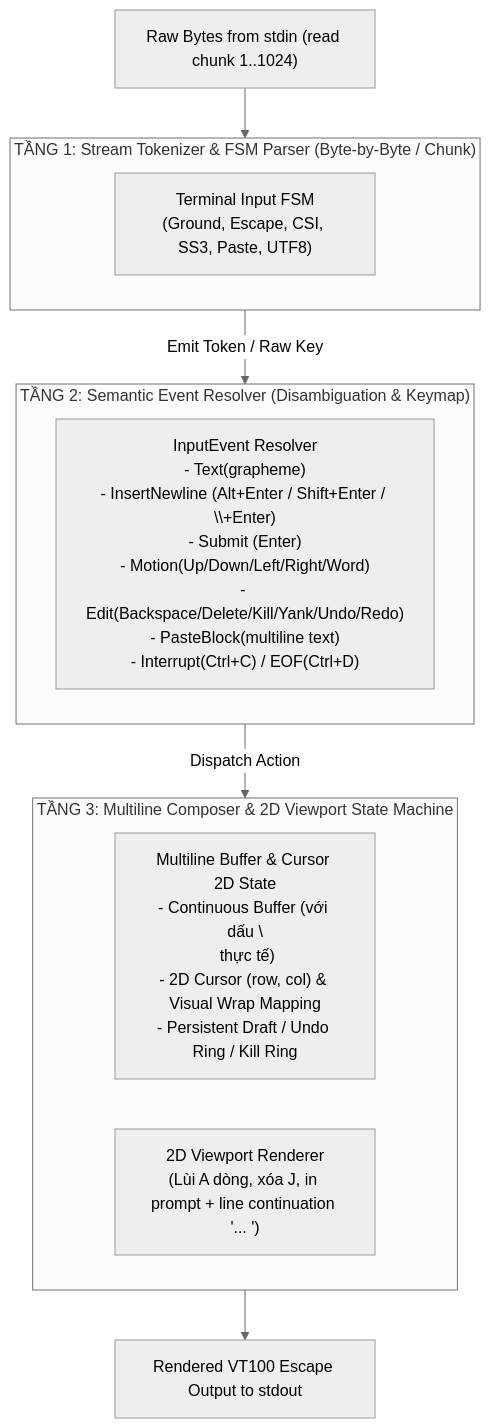
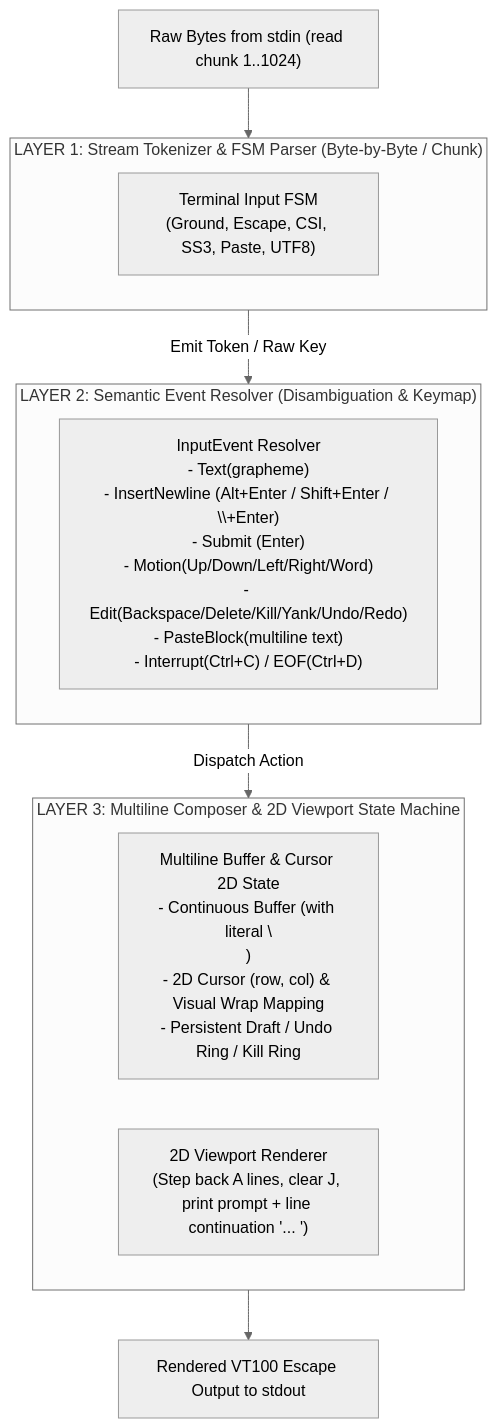
One commit to wdvn/mini_old changed the first of 2 diagrams in docs/rfc_008_user_input_state_machine_proposal.md. Above: the diagram before and after it, drawn with Mermaid (neutral theme). The commit also changed other lines of this file and 92 other files, not shown here.

````diff
--- a/docs/rfc_008_user_input_state_machine_proposal.md
+++ b/docs/rfc_008_user_input_state_machine_proposal.md
@@ -22,23 +22,23 @@
 ```mermaid
 flowchart TD
     RawStdin["Raw Bytes from stdin (read chunk 1..1024)"] --> L1
 
-    subgraph L1 ["TẦNG 1: Stream Tokenizer & FSM Parser (Byte-by-Byte / Chunk)"]
+    subgraph L1 ["LAYER 1: Stream Tokenizer & FSM Parser (Byte-by-Byte / Chunk)"]
         FSM["Terminal Input FSM\n(Ground, Escape, CSI, SS3, Paste, UTF8)"]
     end
 
     L1 -->|Emit Token / Raw Key| L2
 
-    subgraph L2 ["TẦNG 2: Semantic Event Resolver (Disambiguation & Keymap)"]
+    subgraph L2 ["LAYER 2: Semantic Event Resolver (Disambiguation & Keymap)"]
         Resolver["InputEvent Resolver\n- Text(grapheme)\n- InsertNewline (Alt+Enter / Shift+Enter / \\+Enter)\n- Submit (Enter)\n- Motion(Up/Down/Left/Right/Word)\n- Edit(Backspace/Delete/Kill/Yank/Undo/Redo)\n- PasteBlock(multiline text)\n- Interrupt(Ctrl+C) / EOF(Ctrl+D)"]
     end
 
     L2 -->|Dispatch Action| L3
 
-    subgraph L3 ["TẦNG 3: Multiline Composer & 2D Viewport State Machine"]
-        Composer["Multiline Buffer & Cursor 2D State\n- Continuous Buffer (với dấu \\n thực tế)\n- 2D Cursor (row, col) & Visual Wrap Mapping\n- Persistent Draft / Undo Ring / Kill Ring"]
-        Redrawer["2D Viewport Renderer\n(Lùi A dòng, xóa J, in prompt + line continuation '... ')"]
+    subgraph L3 ["LAYER 3: Multiline Composer & 2D Viewport State Machine"]
+        Composer["Multiline Buffer & Cursor 2D State\n- Continuous Buffer (with literal \\n)\n- 2D Cursor (row, col) & Visual Wrap Mapping\n- Persistent Draft / Undo Ring / Kill Ring"]
+        Redrawer["2D Viewport Renderer\n(Step back A lines, clear J, print prompt + line continuation '... ')"]
     end
 
     L3 --> OutputTerminal["Rendered VT100 Escape Output to stdout"]
 ```
````
